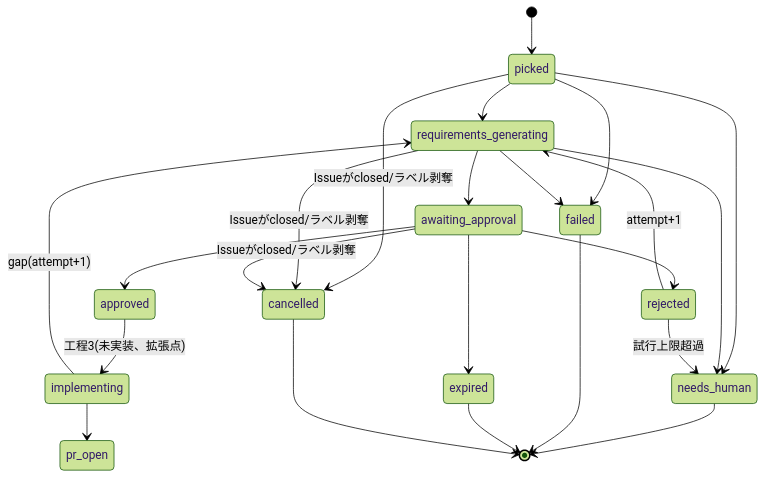
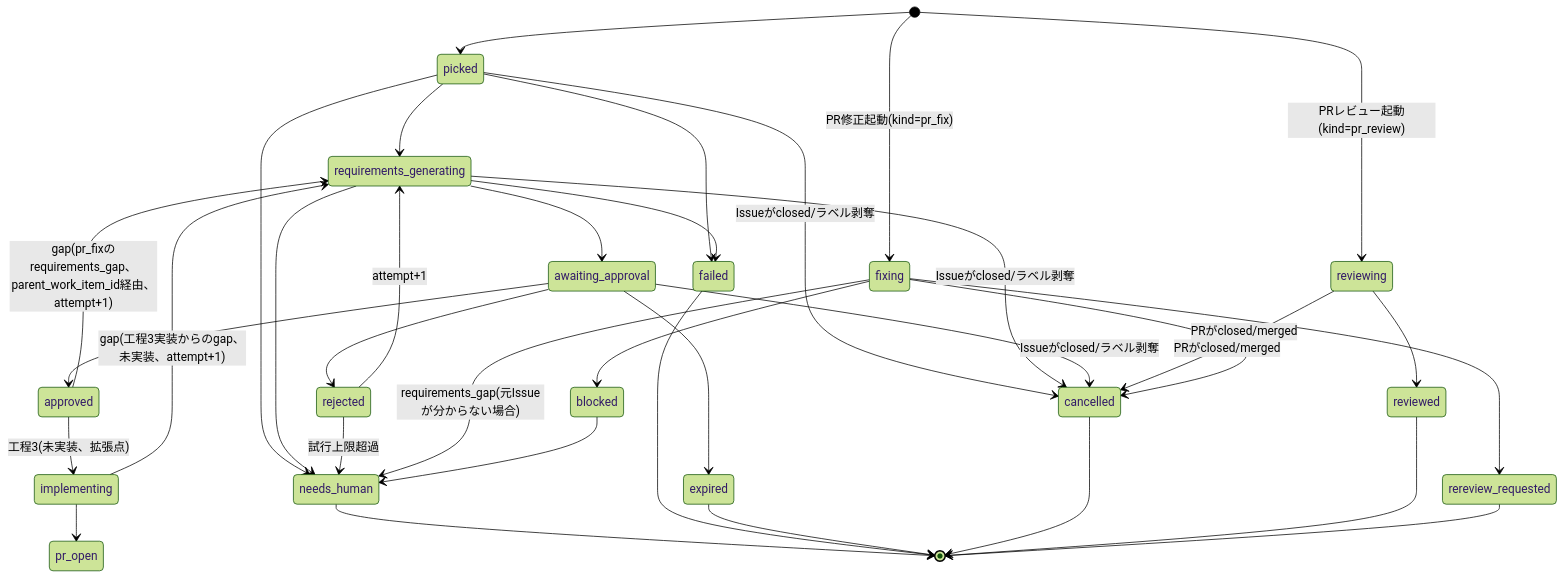
One commit to u-stem/atelier-works changed the second of 2 diagrams in docs/architecture.md. Above: the diagram before and after it, drawn with Mermaid (forest theme). The commit also changed other lines of this file and 58 other files, not shown here.

````diff
--- a/docs/architecture.md
+++ b/docs/architecture.md
@@ -42,25 +42,37 @@
 ```mermaid
 stateDiagram-v2
     [*] --> picked
     picked --> requirements_generating
     requirements_generating --> awaiting_approval
     awaiting_approval --> approved
     awaiting_approval --> rejected
     rejected --> requirements_generating: attempt+1
     awaiting_approval --> expired
     picked --> needs_human
     requirements_generating --> needs_human
     rejected --> needs_human: 試行上限超過
     picked --> failed
     requirements_generating --> failed
     picked --> cancelled: Issueがclosed/ラベル剥奪
     requirements_generating --> cancelled: Issueがclosed/ラベル剥奪
     awaiting_approval --> cancelled: Issueがclosed/ラベル剥奪
     approved --> implementing: 工程3(未実装、拡張点)
-    implementing --> requirements_generating: gap(attempt+1)
+    implementing --> requirements_generating: gap(工程3実装からのgap、未実装、attempt+1)
     implementing --> pr_open
+    approved --> requirements_generating: gap(pr_fixのrequirements_gap、parent_work_item_id経由、attempt+1)
+    [*] --> reviewing: PRレビュー起動(kind=pr_review)
+    reviewing --> reviewed
+    reviewing --> cancelled: PRがclosed/merged
+    [*] --> fixing: PR修正起動(kind=pr_fix)
+    fixing --> rereview_requested
+    fixing --> blocked
+    fixing --> needs_human: requirements_gap(元Issueが分からない場合)
+    fixing --> cancelled: PRがclosed/merged
+    blocked --> needs_human
     needs_human --> [*]
     failed --> [*]
     expired --> [*]
     cancelled --> [*]
+    reviewed --> [*]
+    rereview_requested --> [*]
 ```
````
